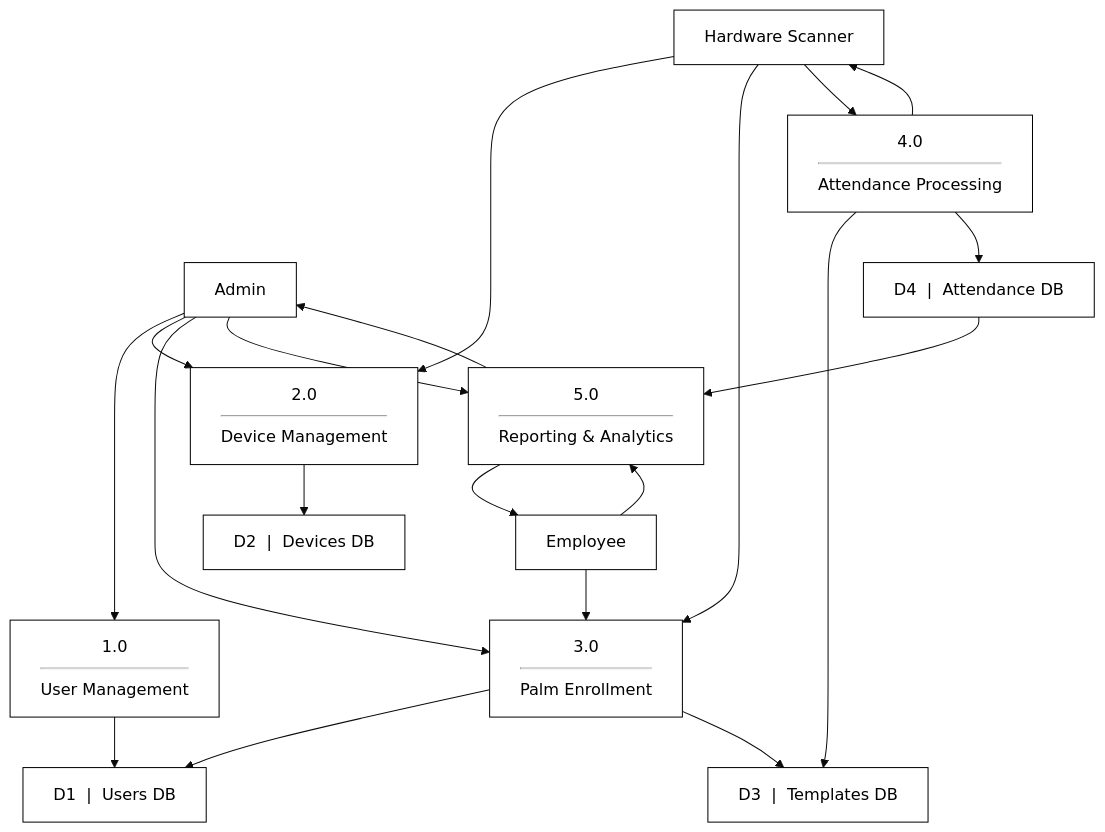
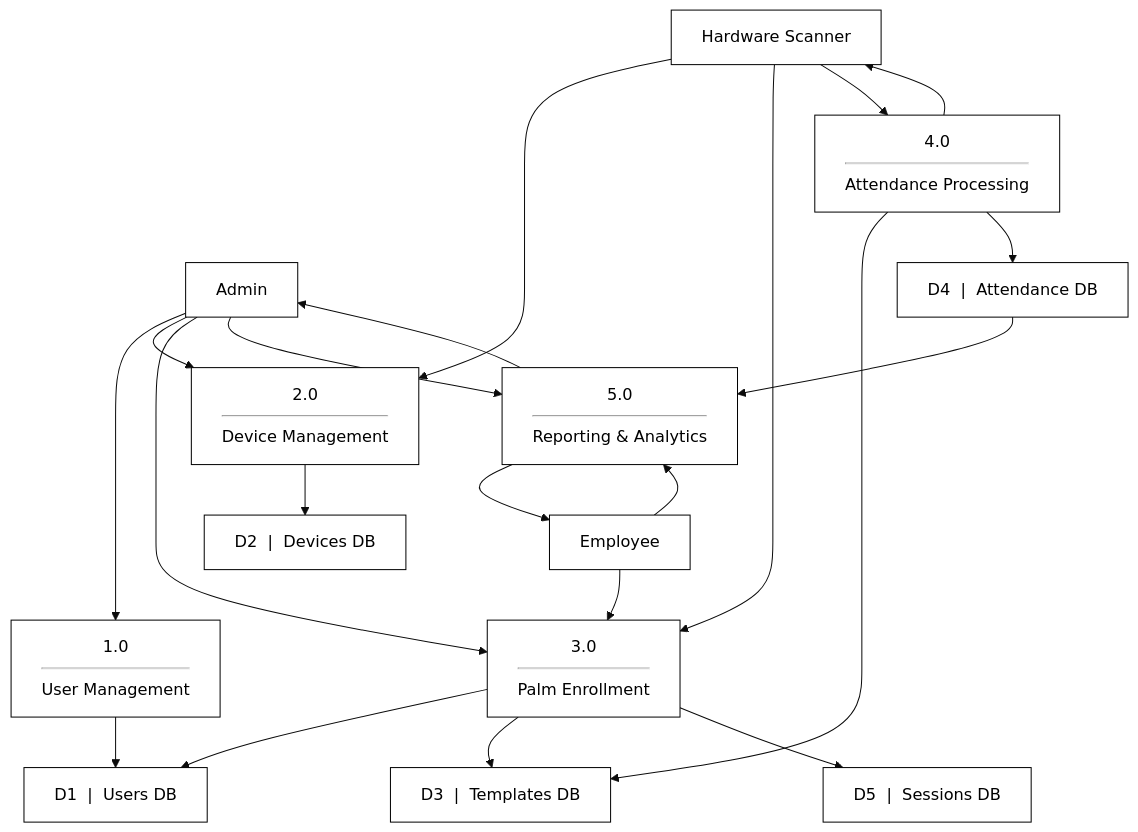
The fifth of 14 diagrams in USER_MANUAL.md (Touy2004/palm-back-end), drawn with Mermaid (base theme) before and after one commit. The commit also changed other lines of this file, not shown here.

Commit message:
docs: update architecture diagrams to include Sessions DB integration

````diff
--- a/USER_MANUAL.md
+++ b/USER_MANUAL.md
@@ -302,50 +302,52 @@
 ```mermaid
 flowchart TD
     %% External Entities
     Admin[Admin]:::entity
     Employee[Employee]:::entity
     Device[Hardware Scanner]:::entity
 
     %% Processes
     P1["1.0<hr/>User Management"]:::process
     P2["2.0<hr/>Device Management"]:::process
     P3["3.0<hr/>Palm Enrollment"]:::process
     P4["4.0<hr/>Attendance Processing"]:::process
     P5["5.0<hr/>Reporting & Analytics"]:::process
 
     %% Data Stores
     D1["D1 &nbsp;|&nbsp; Users DB"]:::datastore
     D2["D2 &nbsp;|&nbsp; Devices DB"]:::datastore
     D3["D3 &nbsp;|&nbsp; Templates DB"]:::datastore
     D4["D4 &nbsp;|&nbsp; Attendance DB"]:::datastore
+    D5["D5 &nbsp;|&nbsp; Sessions DB"]:::datastore
 
     %% Flows
     Admin --> P1
     P1 --> D1
 
     Admin --> P2
     Device --> P2
     P2 --> D2
 
     Device --> P3
     Employee --> P3
     Admin --> P3
     P3 --> D1
     P3 --> D3
+    P3 --> D5
 
     Device --> P4
     P4 --> D3
     P4 --> D4
     P4 --> Device
 
     Admin --> P5
     Employee --> P5
     D4 --> P5
     P5 --> Admin
     P5 --> Employee
 
     %% Styling
     classDef entity fill:#fff,stroke:#000,stroke-width:1px,shape:rect,color:#000
     classDef process fill:#fff,stroke:#000,stroke-width:1px,shape:rect,color:#000
     classDef datastore fill:#fff,stroke:#000,stroke-width:1px,shape:rect,color:#000
 ```
````
